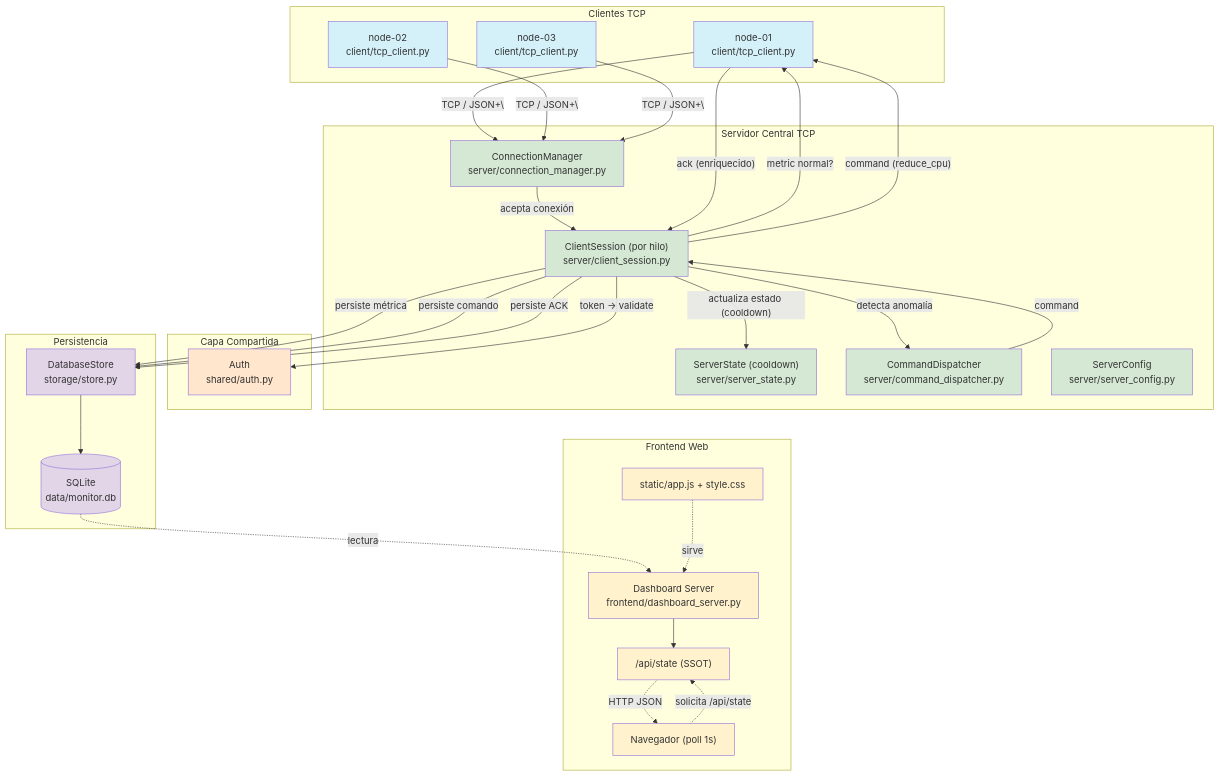
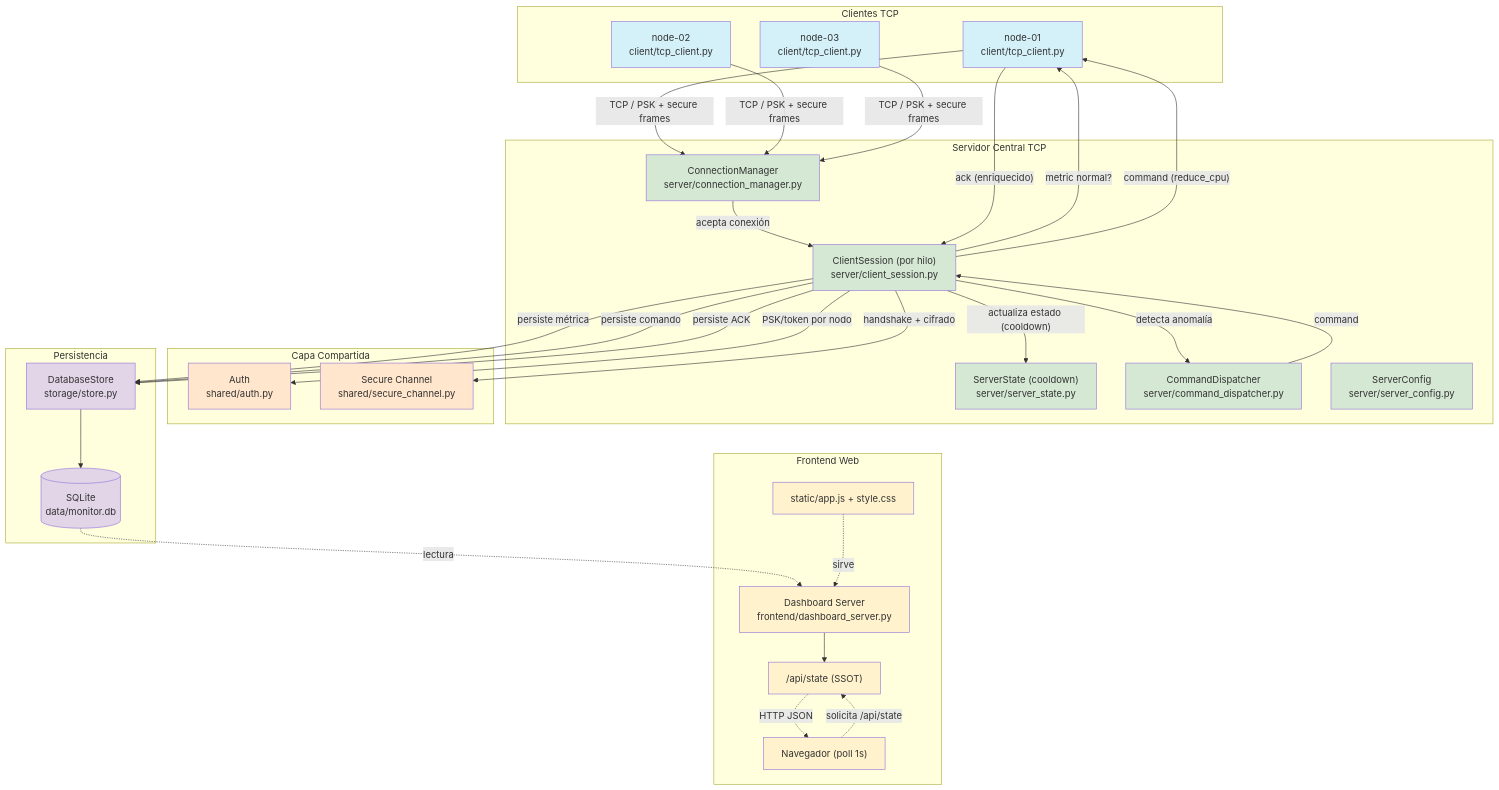
Before and after one commit to JorshSlimming/sistema-monitoreo-remoto-servidores-simulados: the first of 3 diagrams in docs/architecture.md, drawn with Mermaid. The commit also changed other lines of this file and 20 other files, not shown here.

First line of the commit message:
Add PSK-secured secure channel

````diff
--- a/docs/architecture.md
+++ b/docs/architecture.md
@@ -3,71 +3,74 @@
 ```mermaid
 flowchart TB
     subgraph Clientes["Clientes TCP"]
         N1["node-01<br/>client/tcp_client.py"]
         N2["node-02<br/>client/tcp_client.py"]
         N3["node-03<br/>client/tcp_client.py"]
     end
 
     subgraph ServidorTCP["Servidor Central TCP"]
         CM["ConnectionManager<br/>server/connection_manager.py"]
         CS["ClientSession (por hilo)<br/>server/client_session.py"]
         SS["ServerState (cooldown)<br/>server/server_state.py"]
         CD["CommandDispatcher<br/>server/command_dispatcher.py"]
         SC["ServerConfig<br/>server/server_config.py"]
     end
 
     subgraph Shared["Capa Compartida"]
         AUTH["Auth<br/>shared/auth.py"]
+        SEC["Secure Channel<br/>shared/secure_channel.py"]
     end
 
     subgraph Persistencia["Persistencia"]
         DB["DatabaseStore<br/>storage/store.py"]
         SQLITE[("SQLite<br/>data/monitor.db")]
     end
 
     subgraph Frontend["Frontend Web"]
         DASH["Dashboard Server<br/>frontend/dashboard_server.py"]
         API["/api/state (SSOT)"]
         STATIC["static/app.js + style.css"]
         BROWSER["Navegador (poll 1s)"]
     end
 
-    N1 -- "TCP / JSON+\\n" --> CM
-    N2 -- "TCP / JSON+\\n" --> CM
-    N3 -- "TCP / JSON+\\n" --> CM
+    N1 -- "TCP / PSK + secure frames" --> CM
+    N2 -- "TCP / PSK + secure frames" --> CM
+    N3 -- "TCP / PSK + secure frames" --> CM
 
     CM -- "acepta conexión" --> CS
-    CS -- "token → validate" --> AUTH
+    CS -- "PSK/token por nodo" --> AUTH
+    CS -- "handshake + cifrado" --> SEC
     CS -- "actualiza estado (cooldown)" --> SS
     CS -- "detecta anomalía" --> CD
     CD -- "command" --> CS
     CS -- "persiste métrica" --> DB
     CS -- "persiste comando" --> DB
     CS -- "persiste ACK" --> DB
     DB --> SQLITE
     CS -- "metric normal?" --> N1
     CS -- "command (reduce_cpu)" --> N1
     N1 -- "ack (enriquecido)" --> CS
 
     SQLITE -. "lectura" .-> DASH
     DASH --> API
     API -. "HTTP JSON" .-> BROWSER
     STATIC -. "sirve" .-> DASH
     BROWSER -. "solicita /api/state" .-> API
 
     style N1 fill:#d4f1f9
     style N2 fill:#d4f1f9
     style N3 fill:#d4f1f9
     style CM fill:#d5e8d4
     style CS fill:#d5e8d4
     style SS fill:#d5e8d4
     style CD fill:#d5e8d4
     style SC fill:#d5e8d4
     style AUTH fill:#ffe6cc
+    style SEC fill:#ffe6cc
     style DB fill:#e1d5e7
     style SQLITE fill:#e1d5e7
     style DASH fill:#fff2cc
     style API fill:#fff2cc
     style STATIC fill:#fff2cc
     style BROWSER fill:#fff2cc
 ```
````
